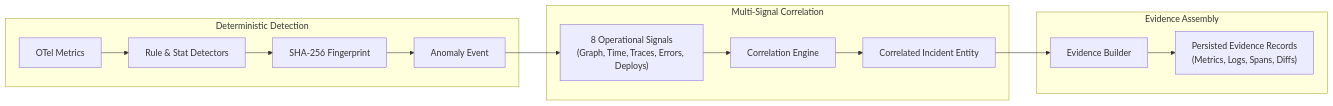
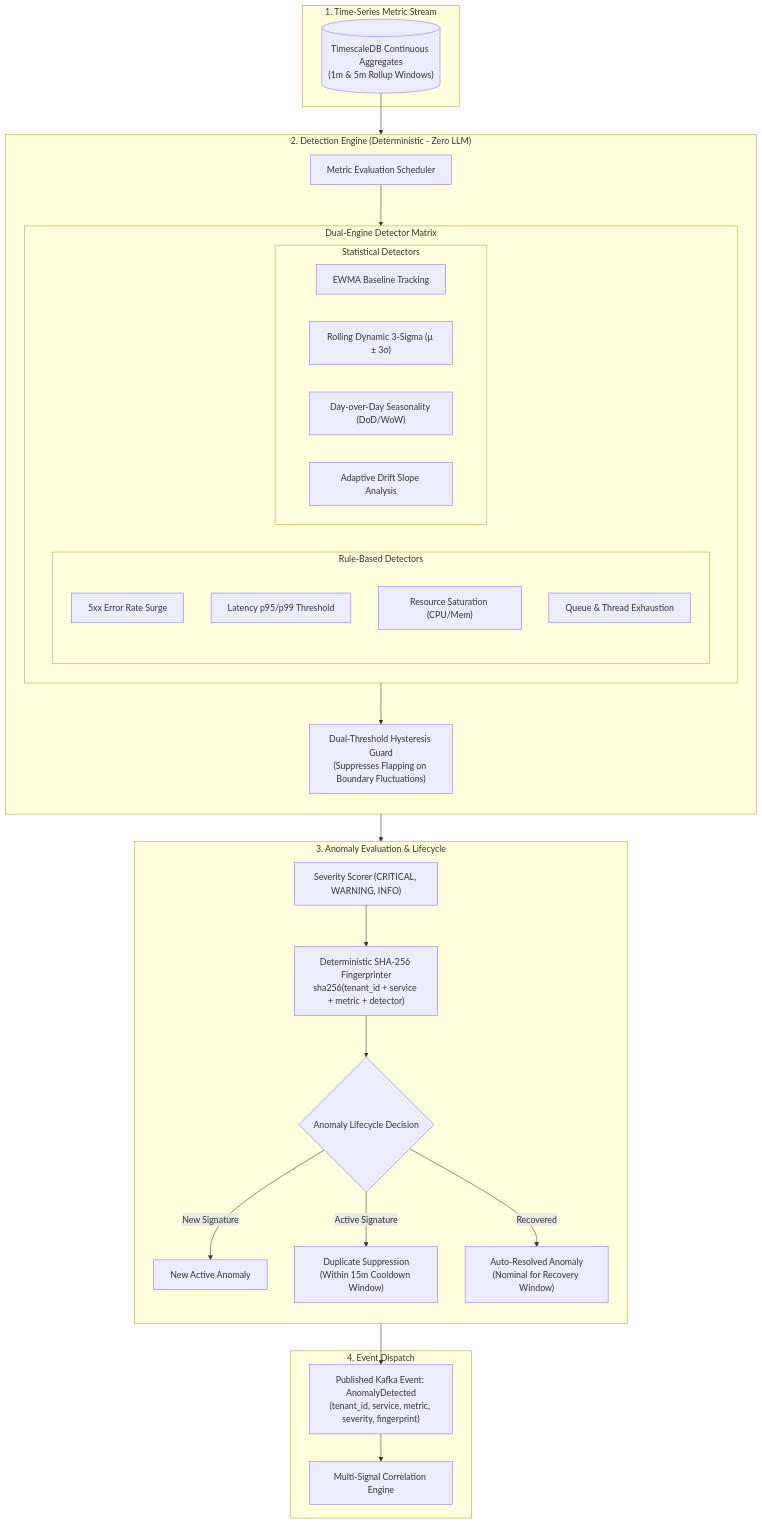
The tenth of 17 diagrams in README.md (nvsaigokul-sudo/ResolveIQ), drawn with Mermaid before and after one commit. The commit also changed other lines of this file, not shown here.

First line of the commit message:
docs(readme): upgrade visual architecture with internal flowcharts and pipeline diagrams

````diff
--- a/README.md
+++ b/README.md
@@ -376,19 +587,55 @@
 ```mermaid
-flowchart LR
-    subgraph Detection["Deterministic Detection"]
-        Raw["OTel Metrics"] --> Detectors["Rule & Stat Detectors"]
-        Detectors --> Fingerprint["SHA-256 Fingerprint"]
-        Fingerprint --> Anomaly["Anomaly Event"]
+flowchart TD
+    subgraph InputData["1. Time-Series Metric Stream"]
+        MetricsTable[("TimescaleDB Continuous Aggregates<br/>(1m & 5m Rollup Windows)")]
     end
 
-    subgraph Correlation["Multi-Signal Correlation"]
-        Anomaly --> Signals["8 Operational Signals<br/>(Graph, Time, Traces, Errors, Deploys)"]
-        Signals --> Correlator["Correlation Engine"]
-        Correlator --> Incident["Correlated Incident Entity"]
+    subgraph DetectionCore["2. Detection Engine (Deterministic - Zero LLM)"]
+        direction TB
+        Scheduler["Metric Evaluation Scheduler"]
+
+        subgraph DetectorSuite["Dual-Engine Detector Matrix"]
+            direction LR
+            subgraph RuleDetectors["Rule-Based Detectors"]
+                R1["5xx Error Rate Surge"]
+                R2["Latency p95/p99 Threshold"]
+                R3["Resource Saturation (CPU/Mem)"]
+                R4["Queue & Thread Exhaustion"]
+            end
+
+            subgraph StatDetectors["Statistical Detectors"]
+                S1["EWMA Baseline Tracking"]
+                S2["Rolling Dynamic 3-Sigma (μ ± 3σ)"]
+                S3["Day-over-Day Seasonality (DoD/WoW)"]
+                S4["Adaptive Drift Slope Analysis"]
+            end
+        end
+
+        Hysteresis["Dual-Threshold Hysteresis Guard<br/>(Suppresses Flapping on Boundary Fluctuations)"]
+        Scheduler --> DetectorSuite --> Hysteresis
     end
 
-    subgraph Evidence["Evidence Assembly"]
-        Incident --> Builder["Evidence Builder"]
-        Builder --> Artifacts["Persisted Evidence Records<br/>(Metrics, Logs, Spans, Diffs)"]
+    subgraph EvaluationPhase["3. Anomaly Evaluation & Lifecycle"]
+        direction TB
+        Scoring["Severity Scorer (CRITICAL, WARNING, INFO)"]
+        Fingerprint["Deterministic SHA-256 Fingerprinter<br/>sha256(tenant_id + service + metric + detector)"]
+        LifecycleManager{"Anomaly Lifecycle Decision"}
+        
+        NewAnomaly["New Active Anomaly"]
+        DuplicateAnomaly["Duplicate Suppression<br/>(Within 15m Cooldown Window)"]
+        ResolvedAnomaly["Auto-Resolved Anomaly<br/>(Nominal for Recovery Window)"]
+
+        Hysteresis --> Scoring --> Fingerprint --> LifecycleManager
+        LifecycleManager -- "New Signature" --> NewAnomaly
+        LifecycleManager -- "Active Signature" --> DuplicateAnomaly
+        LifecycleManager -- "Recovered" --> ResolvedAnomaly
     end
+
+    subgraph OutputEvent["4. Event Dispatch"]
+        AnomalyEvent["Published Kafka Event: AnomalyDetected<br/>(tenant_id, service, metric, severity, fingerprint)"]
+        CorrelationPipeline["Multi-Signal Correlation Engine"]
+        NewAnomaly --> AnomalyEvent --> CorrelationPipeline
+    end
+
+    MetricsTable --> Scheduler
 ```
````
